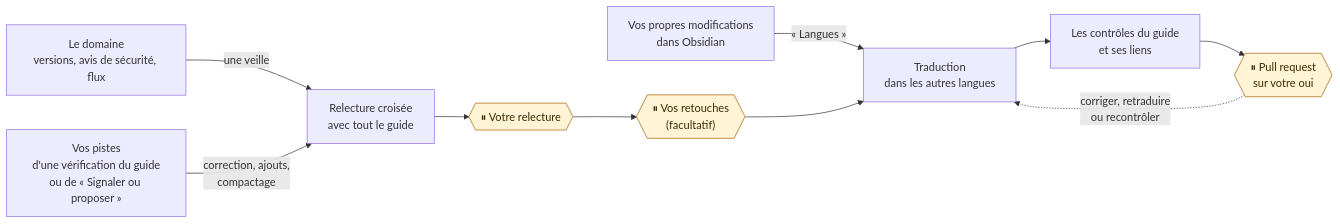
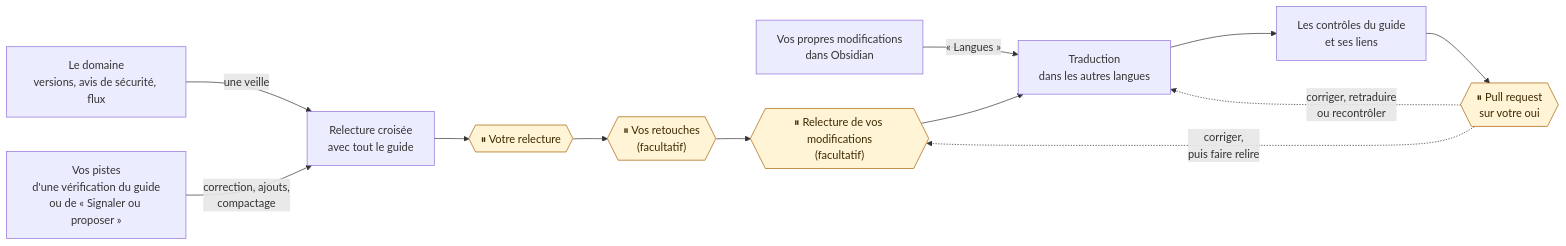
The second of 3 diagrams in README.fr.md (DamienBecherini/vault-watch-agent), drawn with Mermaid before and after one commit. The commit also changed other lines of this file and 6 other files, not shown here.

Commit message:
docs(proofread): the proofreading of the editor's edits in a run: both diagrams of the README, the five pauses, run.md (the pause, the publish loop, the command line), code.md, CHANGELOG

````diff
--- a/README.fr.md
+++ b/README.fr.md
@@ -114,14 +114,16 @@
 ```mermaid
 flowchart LR
   field["Le domaine<br/>versions, avis de sécurité, flux"] -->|une veille| cross
   leads["Vos pistes<br/>d'une vérification du guide<br/>ou de « Signaler ou proposer »"] -->|"correction, ajouts,<br/>compactage"| cross
   edits["Vos propres modifications<br/>dans Obsidian"] -->|"« Langues »"| translate
   cross["Relecture croisée<br/>avec tout le guide"] --> review{{"⏸ Votre relecture"}}
   review --> retouch{{"⏸ Vos retouches<br/>(facultatif)"}}
-  retouch --> translate["Traduction<br/>dans les autres langues"]
+  retouch --> proof{{"⏸ Relecture de vos modifications<br/>(facultatif)"}}
+  proof --> translate["Traduction<br/>dans les autres langues"]
   translate --> checks["Les contrôles du guide<br/>et ses liens"]
   checks --> pr{{"⏸ Pull request<br/>sur votre oui"}}
   pr -.->|"corriger, retraduire<br/>ou recontrôler"| translate
+  pr -.->|"corriger,<br/>puis faire relire"| proof
   classDef human fill:#fff4d6,stroke:#a65f00,color:#3d2a00
-  class review,retouch,pr human
+  class review,retouch,proof,pr human
 ```
````
